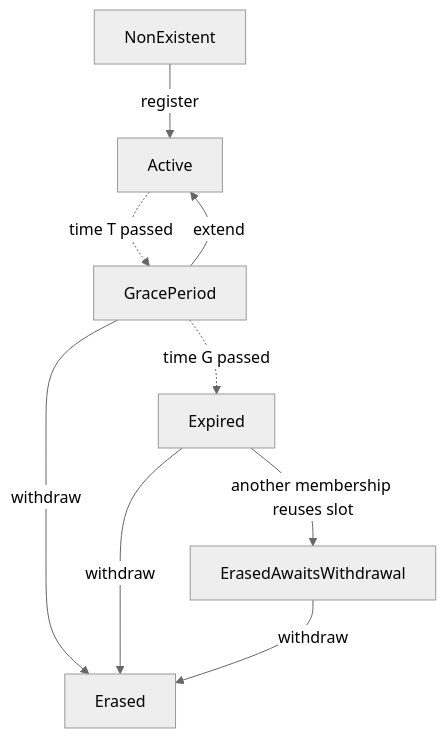
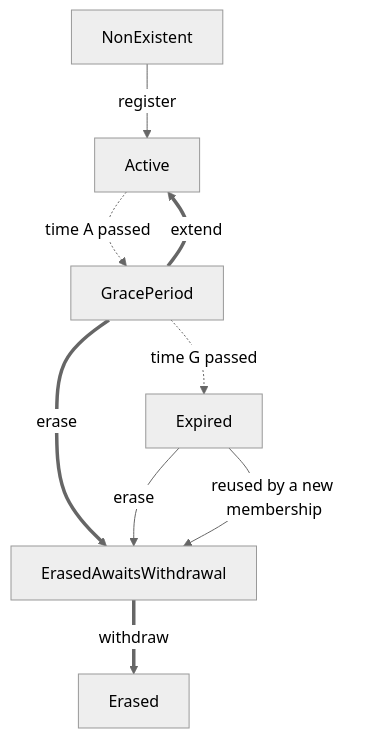
Before and after one commit to waku-org/specs: the diagram in standards/core/rln-contract.md, drawn with Mermaid (neutral theme). The commit also changed other lines of this file, not shown here.

````diff
--- a/standards/core/rln-contract.md
+++ b/standards/core/rln-contract.md
@@ -78,12 +98,12 @@
 ```mermaid
 graph TD;
     NonExistent --> |"register"| Active;
-    Active -.-> |"time T passed"| GracePeriod;
-    GracePeriod --> |"extend"| Active;
+    Active -.-> |"time A passed"| GracePeriod;
+    GracePeriod ==> |"extend"| Active;
     GracePeriod -.-> |"time G passed"| Expired;
-    GracePeriod --> |"withdraw"| Erased;
-    Expired --> |"withdraw"| Erased;
-    Expired --> |"another membership reuses slot"| ErasedAwaitsWithdrawal;
-    ErasedAwaitsWithdrawal --> |"withdraw"| Erased;
+    GracePeriod ==> |"erase"| ErasedAwaitsWithdrawal;
+    Expired --> |"erase"| ErasedAwaitsWithdrawal;
+    Expired --> |"reused by a new membership"| ErasedAwaitsWithdrawal;
+    ErasedAwaitsWithdrawal ==> |"withdraw"| Erased;
 
 ```
````
